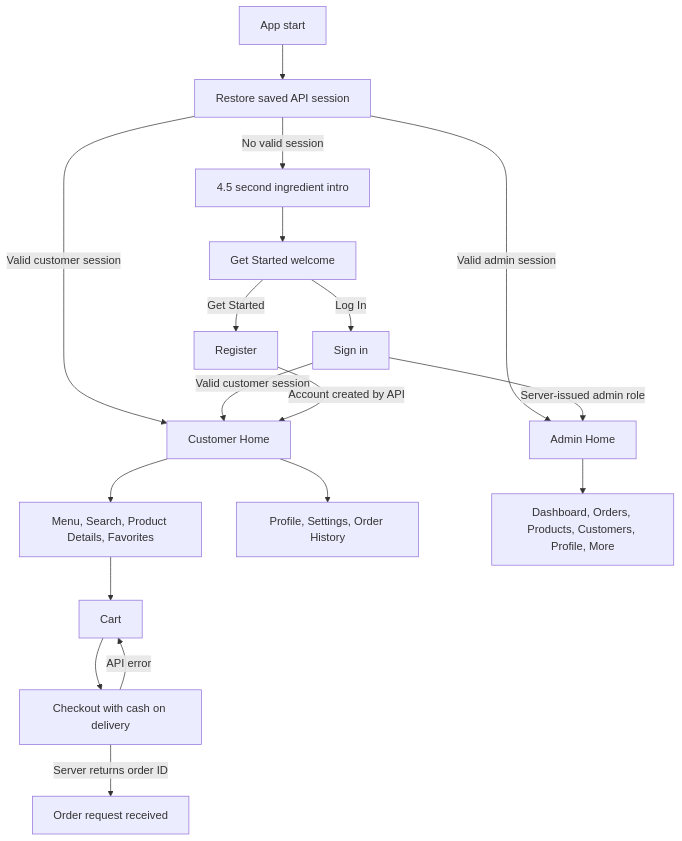
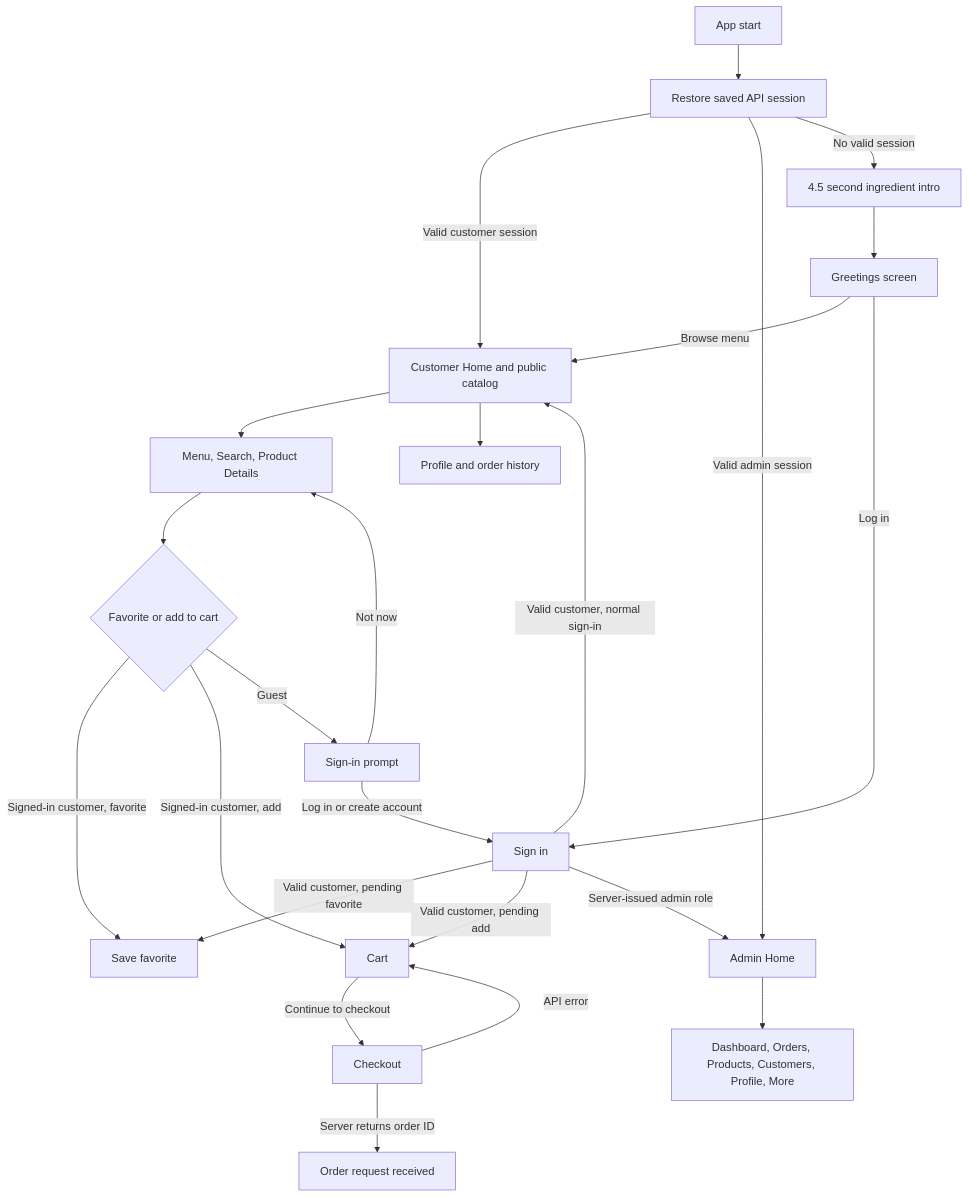
Before and after one commit to EARL146/app-: the diagram in docs/SCREEN_FLOW.md, drawn with Mermaid. The commit also changed other lines of this file and 23 other files, not shown here.

Commit message:
Checkpoint guest-first catalog and account prompts

````diff
--- a/docs/SCREEN_FLOW.md
+++ b/docs/SCREEN_FLOW.md
@@ -5,20 +5,26 @@
 ```mermaid
 flowchart TD
     A[App start] --> B[Restore saved API session]
-    B -->|Valid customer session| G[Customer Home]
+    B -->|Valid customer session| G[Customer Home and public catalog]
     B -->|Valid admin session| H[Admin Home]
     B -->|No valid session| C[4.5 second ingredient intro]
-    C --> D[Get Started welcome]
-    D -->|Get Started| F[Register]
-    D -->|Log In| E[Sign in]
-    E -->|Valid customer session| G
+    C --> D[Greetings screen]
+    D -->|Browse menu| G
+    D -->|Log in| E[Sign in]
+    G --> I[Menu, Search, Product Details]
+    I --> J{Favorite or add to cart}
+    J -->|Signed-in customer, favorite| K[Save favorite]
+    J -->|Signed-in customer, add| M[Cart]
+    J -->|Guest| L[Sign-in prompt]
+    L -->|Log in or create account| E
+    L -->|Not now| I
+    E -->|Valid customer, pending favorite| K
+    E -->|Valid customer, pending add| M
+    E -->|Valid customer, normal sign-in| G
     E -->|Server-issued admin role| H
-    F -->|Account created by API| G
-    G --> I[Menu, Search, Product Details, Favorites]
-    I --> J[Cart]
-    J --> K[Checkout with cash on delivery]
-    K -->|Server returns order ID| L[Order request received]
-    K -->|API error| J
-    G --> M[Profile, Settings, Order History]
-    H --> N[Dashboard, Orders, Products, Customers, Profile, More]
+    M -->|Continue to checkout| N[Checkout]
+    N -->|Server returns order ID| O[Order request received]
+    N -->|API error| M
+    G --> P[Profile and order history]
+    H --> Q[Dashboard, Orders, Products, Customers, Profile, More]
 ```
````
